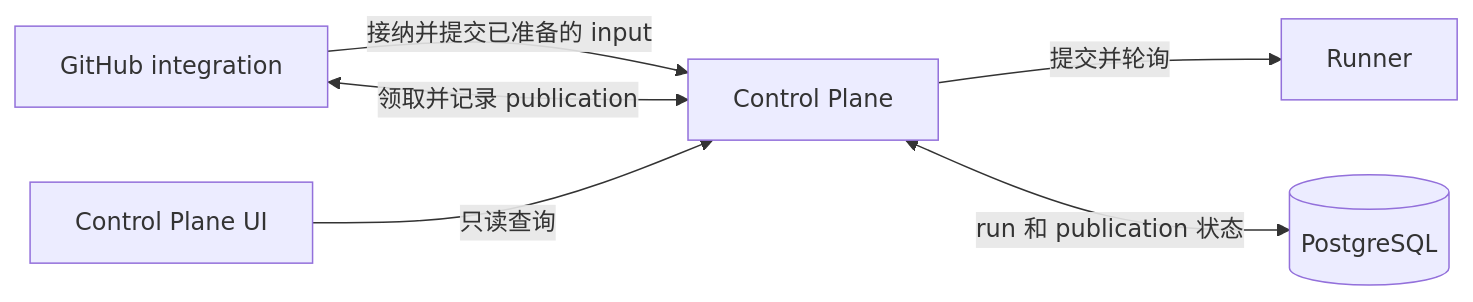
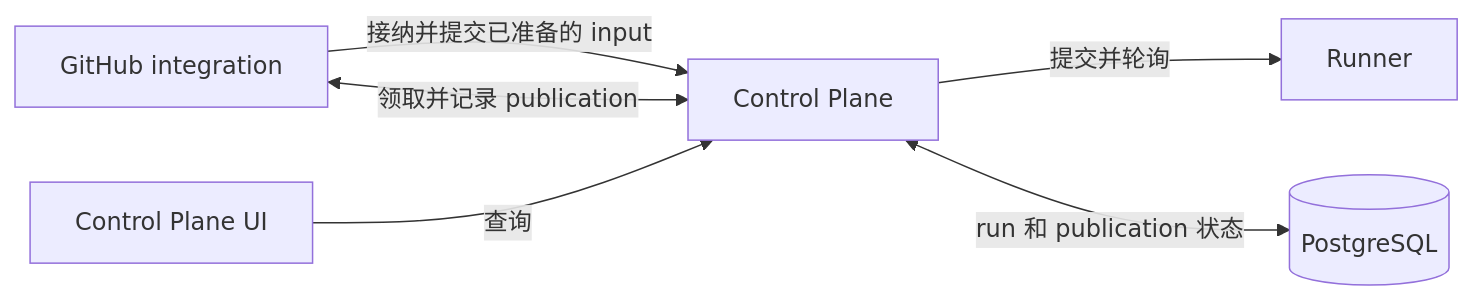
The first of 2 diagrams in control-plane/README.zh.md (Agent-AI-Chalmers/sec-review-bot), drawn with Mermaid before and after one commit. The commit also changed other lines of this file and 167 other files, not shown here.

````diff
--- a/control-plane/README.zh.md
+++ b/control-plane/README.zh.md
@@ -11,8 +11,8 @@
 ```mermaid
 flowchart LR
   integration[GitHub integration] -->|接纳并提交已准备的 input| control[Control Plane]
   control -->|提交并轮询| runner[Runner]
   control <-->|run 和 publication 状态| postgres[(PostgreSQL)]
   integration <-->|领取并记录 publication| control
-  ui[Control Plane UI] -->|只读查询| control
+  ui[Control Plane UI] -->|查询| control
 ```
````
